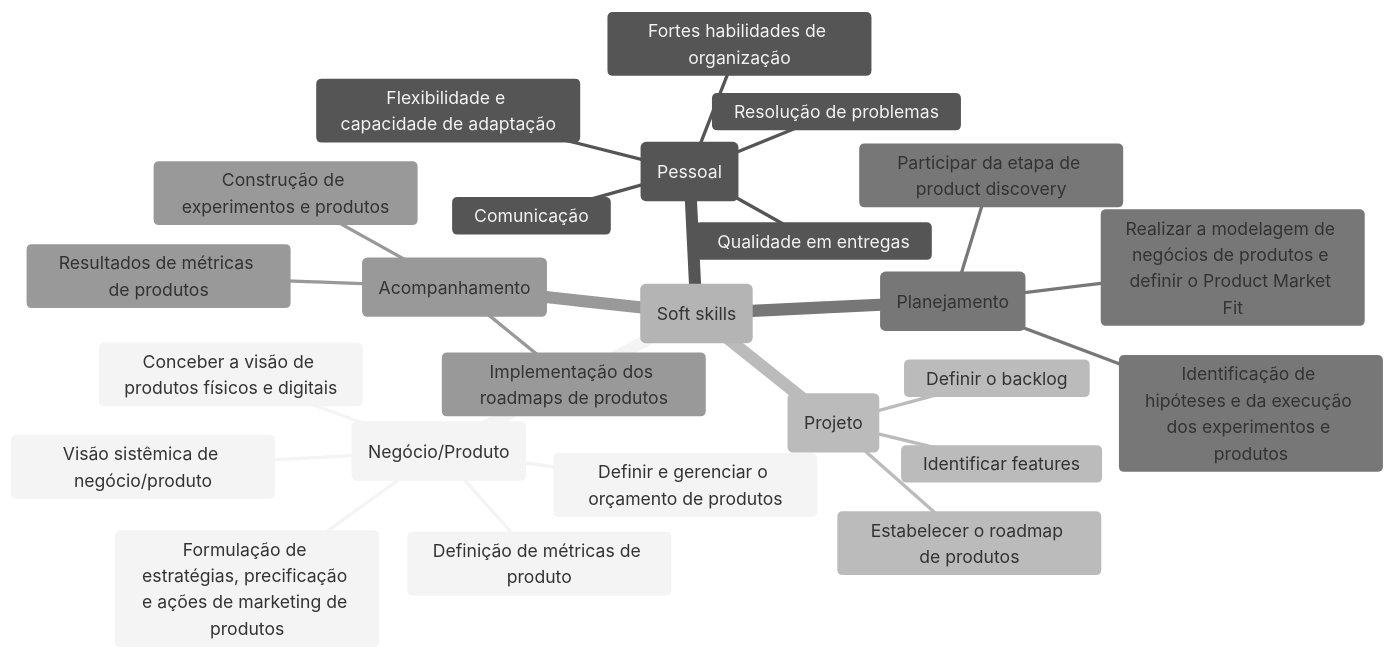
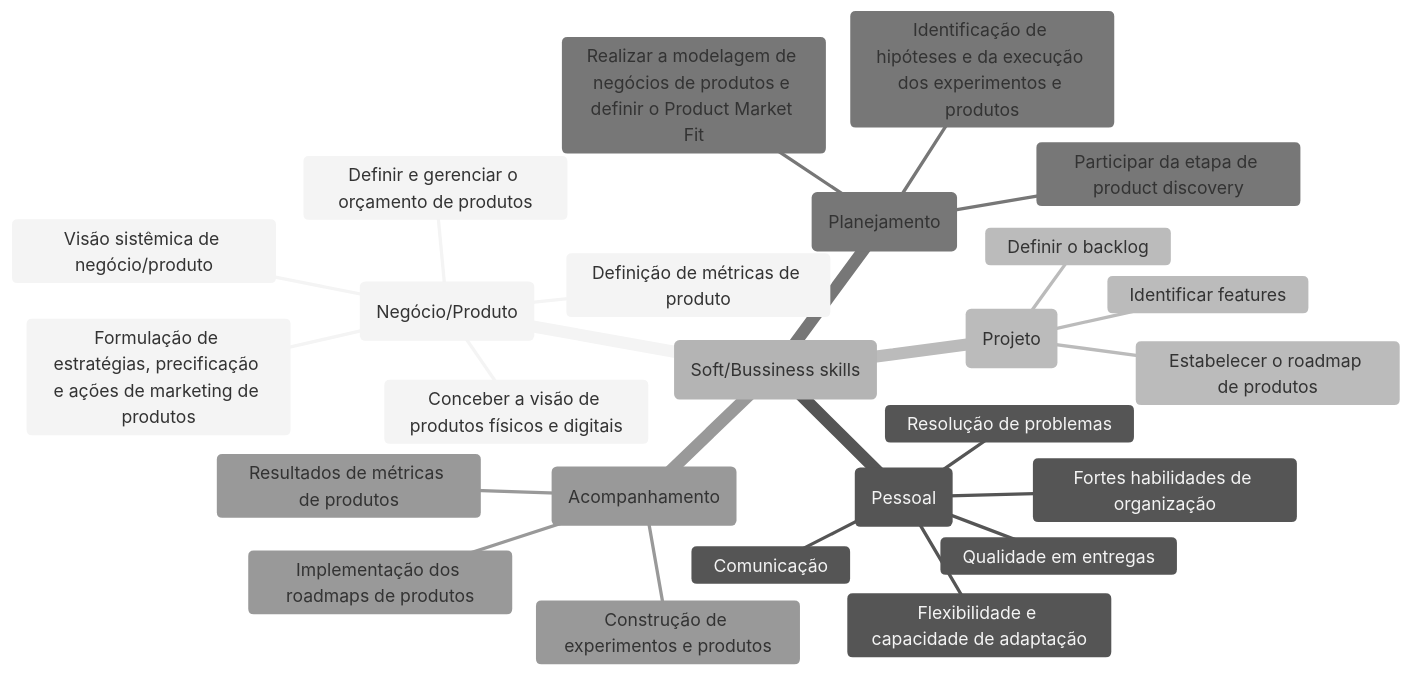
The diagram in softskills.mmd (taffarel55/pdi), drawn with Mermaid (neutral theme) before and after one commit.

Commit message:
👔 soft: Update softskills

```diff
--- a/softskills.mmd
+++ b/softskills.mmd
@@ -1,32 +1,32 @@
 mindmap
-    (Soft skills)
+    (Soft/Bussiness skills)
     ::icon(fa fa-users)
         (Negócio/Produto)
         ::icon(fa fa-suitcase)
             Visão sistêmica de negócio/produto
             Conceber a visão de produtos físicos e digitais
             Definir e gerenciar o orçamento de produtos
             Definição de métricas de produto
             Formulação de estratégias, precificação e ações de marketing de produtos
         (Pessoal)
         ::icon(fa fa-user)
             Resolução de problemas
             Flexibilidade e capacidade de adaptação
             Comunicação
             Fortes habilidades de organização
             Qualidade em entregas
         (Projeto)
         ::icon(fa fa-search)
             Definir o backlog
             Identificar features
             Estabelecer o roadmap de produtos
         (Planejamento)
         ::icon(fa fa-edit)
             Participar da etapa de product discovery
             Identificação de hipóteses e da execução dos experimentos e produtos
             Realizar a modelagem de negócios de produtos e definir o Product Market Fit
         (Acompanhamento)
         ::icon(fa fa-sticky-note)
             Construção de experimentos e produtos
             Implementação dos roadmaps de produtos
             Resultados de métricas de produtos
```
